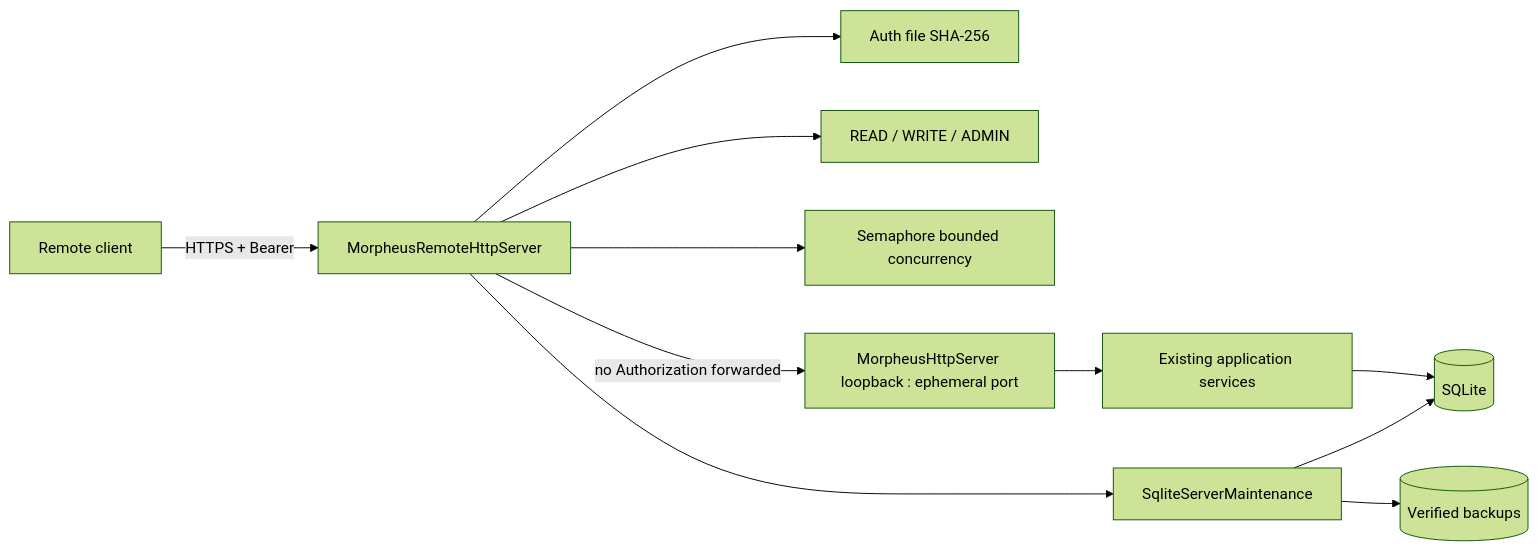
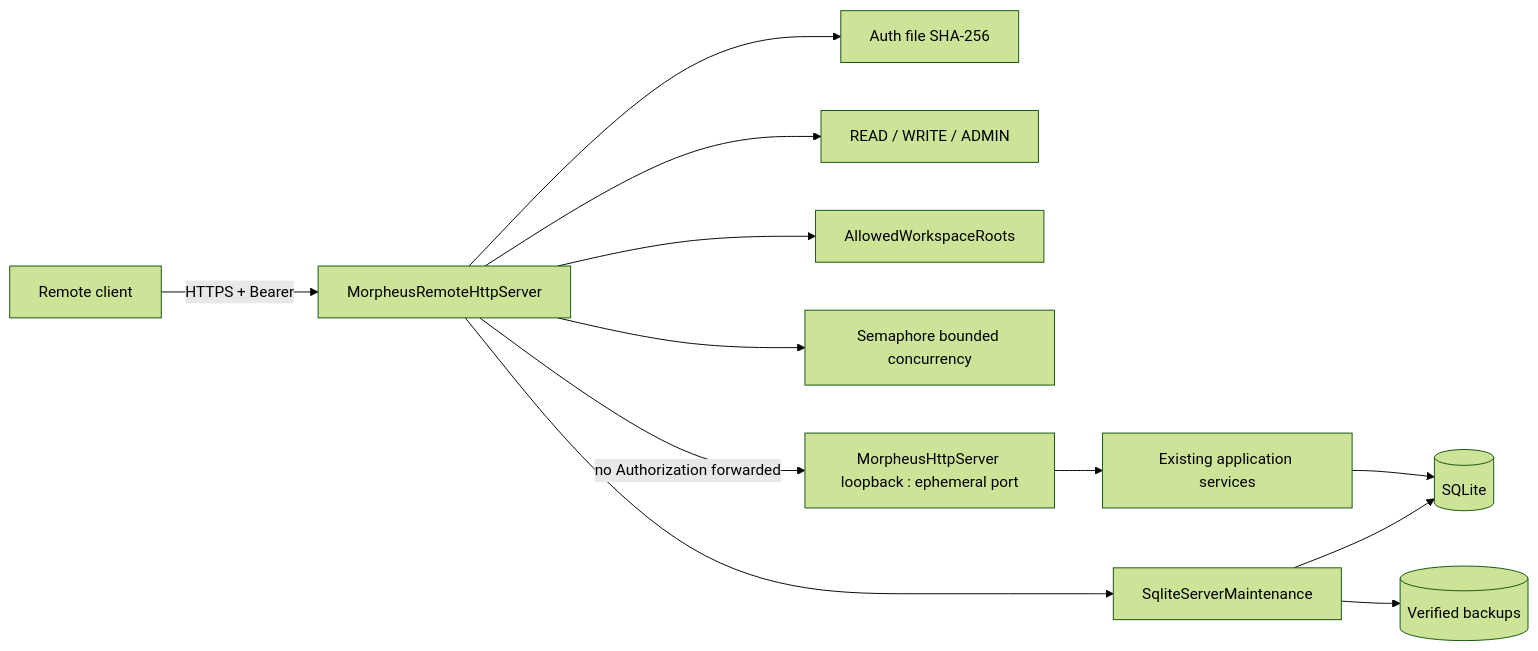
Before and after one commit to FTurleque/morpheus-engine: the diagram in docs/developer/REMOTE_SERVER_PLATFORM.md, drawn with Mermaid (forest theme). The commit also changed other lines of this file and 10 other files, not shown here.

Commit message:
fix(security): enforce remote workspace roots (#124)

````diff
--- a/docs/developer/REMOTE_SERVER_PLATFORM.md
+++ b/docs/developer/REMOTE_SERVER_PLATFORM.md
@@ -7,13 +7,14 @@
 ```mermaid
 flowchart LR
     C[Remote client] -->|HTTPS + Bearer| R[MorpheusRemoteHttpServer]
     R --> A[Auth file SHA-256]
     R --> RBAC[READ / WRITE / ADMIN]
+    R --> ROOTS[AllowedWorkspaceRoots]
     R --> LIMIT[Semaphore bounded concurrency]
     R -->|no Authorization forwarded| L[MorpheusHttpServer loopback : ephemeral port]
     L --> APP[Existing application services]
     APP --> DB[(SQLite)]
     R --> BK[SqliteServerMaintenance]
     BK --> DB
     BK --> B[(Verified backups)]
 ```
````
